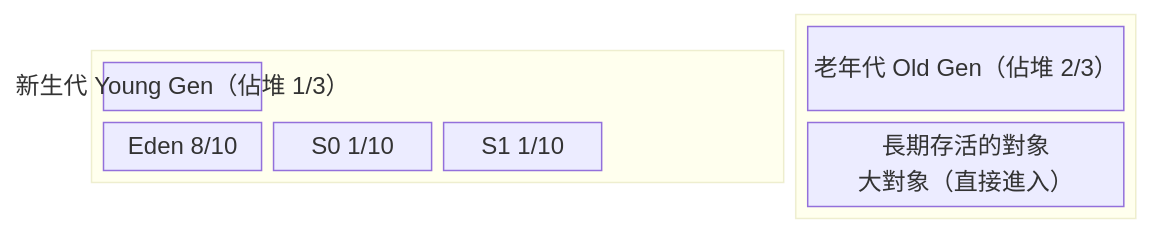
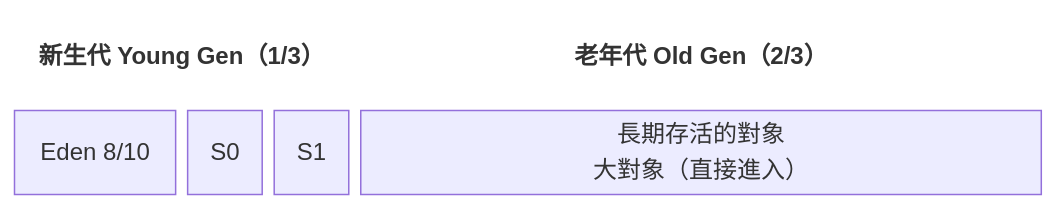
Before and after one commit to AnthonyFuFu/StudyNotes: the third of 3 diagrams in docs/java/jvm/memory-areas.md, drawn with Mermaid. The commit also changed other lines of this file and 43 other files, not shown here.

````diff
--- a/docs/java/jvm/memory-areas.md
+++ b/docs/java/jvm/memory-areas.md
@@ -93,14 +89,8 @@
 ``` mermaid
 block-beta
-    columns 3
-    block:young:2
-        columns 4
-        yt["新生代 Young Gen（佔堆 1/3）"]:4
-        eden["Eden 8/10"]:2 s0["S0 1/10"] s1["S1 1/10"]
-    end
-    block:old:1
-        columns 1
-        ot["老年代 Old Gen（佔堆 2/3）"]
-        oc["長期存活的對象<br>大對象（直接進入）"]
-    end
+    columns 12
+    yt["新生代 Young Gen（1/3）"]:4 ot["老年代 Old Gen（2/3）"]:8
+    eden["Eden 8/10"]:2 s0["S0"] s1["S1"] old["長期存活的對象<br>大對象（直接進入）"]:8
+    classDef title fill:transparent,stroke:transparent,font-weight:bold
+    class yt,ot title
 ```
````
